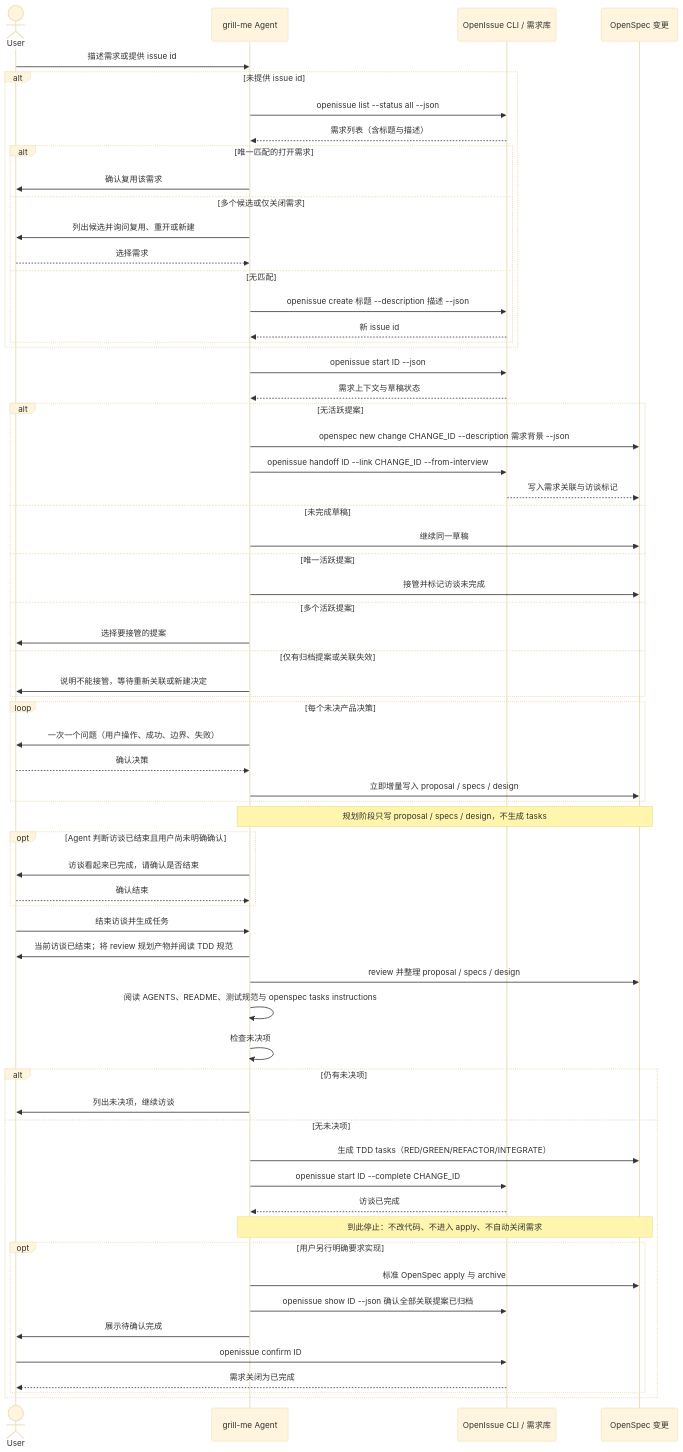
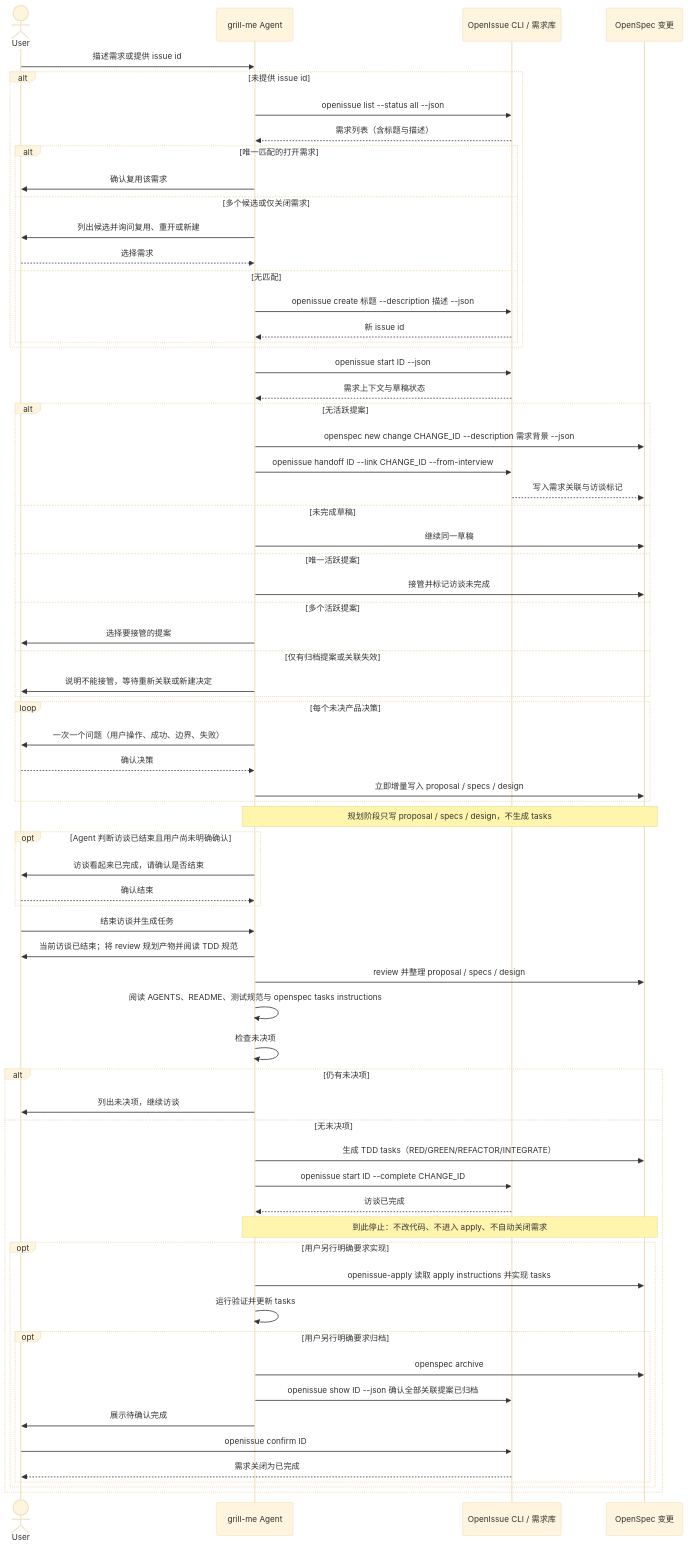
One commit to 7kbeat/OpenIssue changed the second of 2 diagrams in README.md. Above: the diagram before and after it, drawn with Mermaid (base theme). The commit also changed other lines of this file and 7 other files, not shown here.

Commit message:
feat: Added openissue-apply implementation skills and updated documentation

````diff
--- a/README.md
+++ b/README.md
@@ -154,71 +156,75 @@
 ```mermaid
 sequenceDiagram
   actor User
   participant Agent as grill-me Agent
   participant OI as OpenIssue CLI / 需求库
   participant OS as OpenSpec 变更
 
   User->>Agent: 描述需求或提供 issue id
   alt 未提供 issue id
     Agent->>OI: openissue list --status all --json
     OI-->>Agent: 需求列表（含标题与描述）
     alt 唯一匹配的打开需求
       Agent->>User: 确认复用该需求
     else 多个候选或仅关闭需求
       Agent->>User: 列出候选并询问复用、重开或新建
       User-->>Agent: 选择需求
     else 无匹配
       Agent->>OI: openissue create 标题 --description 描述 --json
       OI-->>Agent: 新 issue id
     end
   end
 
   Agent->>OI: openissue start ID --json
   OI-->>Agent: 需求上下文与草稿状态
 
   alt 无活跃提案
     Agent->>OS: openspec new change CHANGE_ID --description 需求背景 --json
     Agent->>OI: openissue handoff ID --link CHANGE_ID --from-interview
     OI-->>OS: 写入需求关联与访谈标记
   else 未完成草稿
     Agent->>OS: 继续同一草稿
   else 唯一活跃提案
     Agent->>OS: 接管并标记访谈未完成
   else 多个活跃提案
     Agent->>User: 选择要接管的提案
   else 仅有归档提案或关联失效
     Agent->>User: 说明不能接管，等待重新关联或新建决定
   end
 
   loop 每个未决产品决策
     Agent->>User: 一次一个问题（用户操作、成功、边界、失败）
     User-->>Agent: 确认决策
     Agent->>OS: 立即增量写入 proposal / specs / design
   end
   Note over Agent,OS: 规划阶段只写 proposal / specs / design，不生成 tasks
 
   opt Agent 判断访谈已结束且用户尚未明确确认
     Agent->>User: 访谈看起来已完成，请确认是否结束
     User-->>Agent: 确认结束
   end
   User->>Agent: 结束访谈并生成任务
   Agent->>User: 当前访谈已结束；将 review 规划产物并阅读 TDD 规范
   Agent->>OS: review 并整理 proposal / specs / design
   Agent->>Agent: 阅读 AGENTS、README、测试规范与 openspec tasks instructions
   Agent->>Agent: 检查未决项
   alt 仍有未决项
     Agent->>User: 列出未决项，继续访谈
   else 无未决项
     Agent->>OS: 生成 TDD tasks（RED/GREEN/REFACTOR/INTEGRATE）
     Agent->>OI: openissue start ID --complete CHANGE_ID
     OI-->>Agent: 访谈已完成
     Note over Agent,OS: 到此停止：不改代码、不进入 apply、不自动关闭需求
     opt 用户另行明确要求实现
-      Agent->>OS: 标准 OpenSpec apply 与 archive
-      Agent->>OI: openissue show ID --json 确认全部关联提案已归档
-      Agent->>User: 展示待确认完成
-      User->>OI: openissue confirm ID
-      OI-->>User: 需求关闭为已完成
+      Agent->>OS: openissue-apply 读取 apply instructions 并实现 tasks
+      Agent->>Agent: 运行验证并更新 tasks
+      opt 用户另行明确要求归档
+        Agent->>OS: openspec archive
+        Agent->>OI: openissue show ID --json 确认全部关联提案已归档
+        Agent->>User: 展示待确认完成
+        User->>OI: openissue confirm ID
+        OI-->>User: 需求关闭为已完成
+      end
     end
   end
 ```
````
